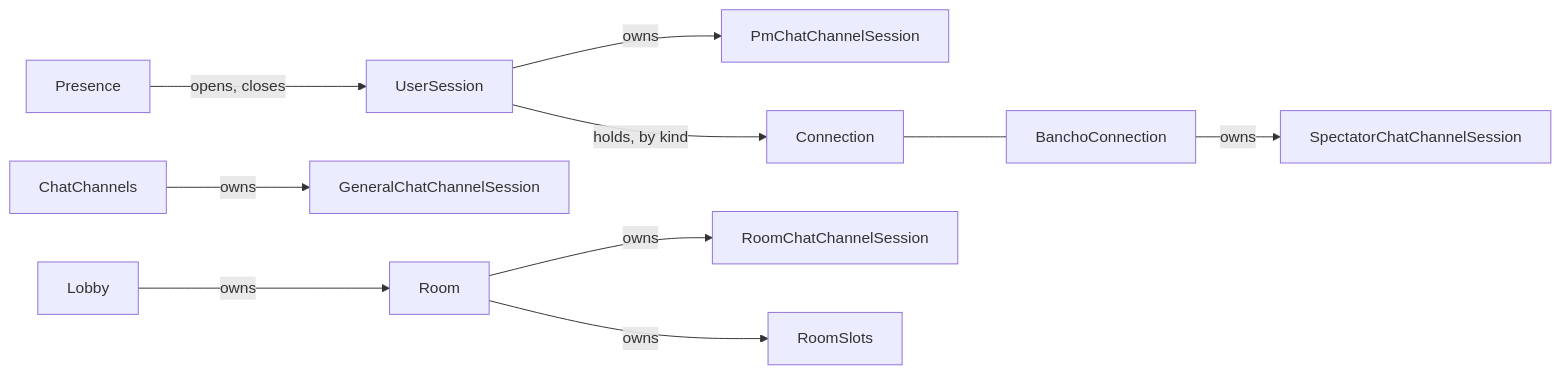
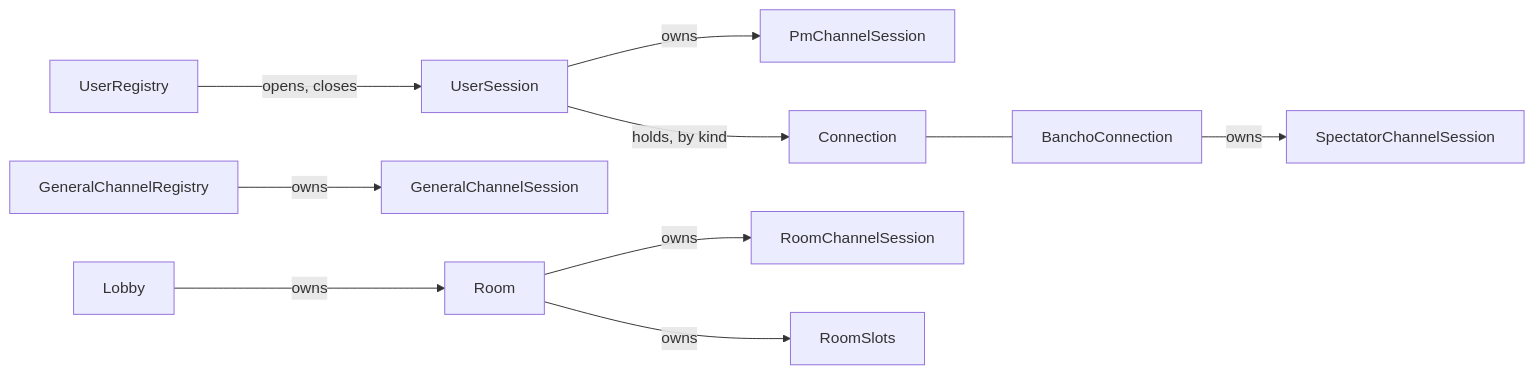
One commit to thnhmai06/osuBasil changed the first of 2 diagrams in docs/for-developers/architecture.md. Above: the diagram before and after it, drawn with Mermaid. The commit also changed other lines of this file and 38 other files, not shown here.

````diff
--- a/docs/for-developers/architecture.md
+++ b/docs/for-developers/architecture.md
@@ -115,12 +115,12 @@
 ```mermaid
 flowchart LR
-    Presence -->|opens, closes| UserSession
-    UserSession -->|owns| PM[PmChatChannelSession]
+    UserRegistry -->|opens, closes| UserSession
+    UserSession -->|owns| PM[PmChannelSession]
     UserSession -->|holds, by kind| Connection
     Connection --- Bancho[BanchoConnection]
-    Bancho -->|owns| Spec[SpectatorChatChannelSession]
-    ChatChannels -->|owns| General[GeneralChatChannelSession]
+    Bancho -->|owns| Spec[SpectatorChannelSession]
+    GeneralChannelRegistry -->|owns| General[GeneralChannelSession]
     Lobby -->|owns| Room
-    Room -->|owns| RoomChannel[RoomChatChannelSession]
+    Room -->|owns| RoomChannel[RoomChannelSession]
     Room -->|owns| RoomSlots
 ```
````
